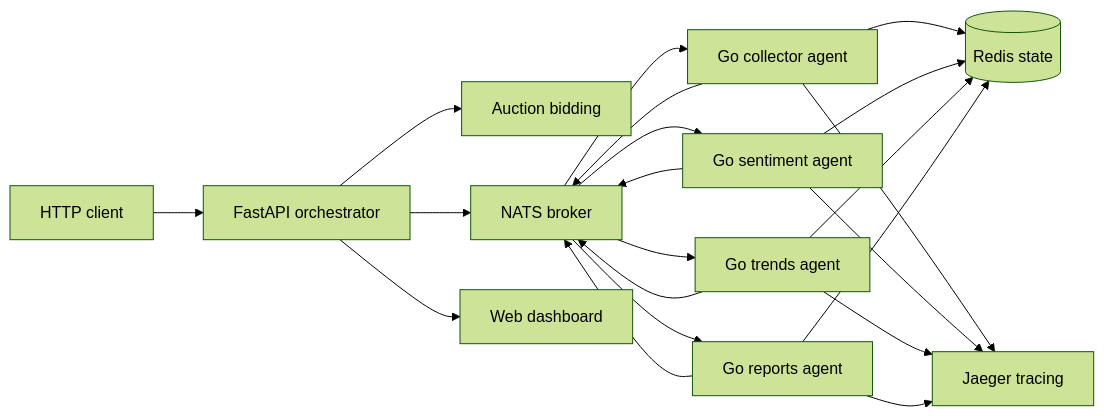
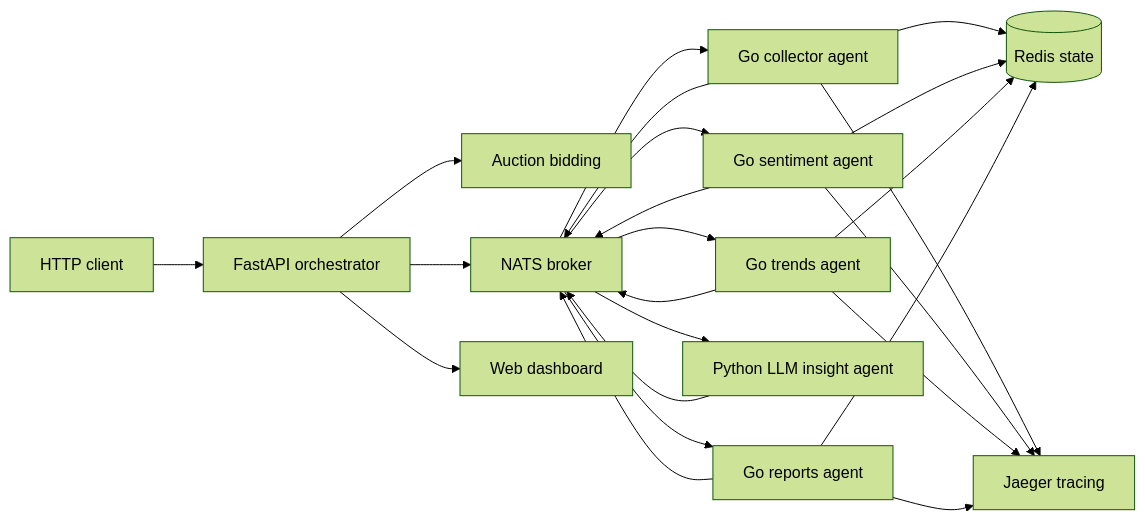
One commit to Tundraws/LaboratoryWork13 changed the diagram in README.md. Above: the diagram before and after it, drawn with Mermaid (forest theme). The commit also changed other lines of this file and 21 other files, not shown here.

Commit message:
feat: add python llm insight agent

````diff
--- a/README.md
+++ b/README.md
@@ -35,23 +37,25 @@
 ```mermaid
 flowchart LR
     Client[HTTP client] --> API[FastAPI orchestrator]
     API --> Auction[Auction bidding]
     API --> NATS[NATS broker]
     NATS --> Collector[Go collector agent]
     Collector --> NATS
     NATS --> Sentiment[Go sentiment agent]
     Sentiment --> NATS
     NATS --> Trends[Go trends agent]
     Trends --> NATS
+    NATS --> LLM[Python LLM insight agent]
+    LLM --> NATS
     NATS --> Reports[Go reports agent]
     Reports --> NATS
     Collector --> Redis[(Redis state)]
     Sentiment --> Redis
     Trends --> Redis
     Reports --> Redis
     API --> Dashboard[Web dashboard]
     Collector --> Jaeger[Jaeger tracing]
     Sentiment --> Jaeger
     Trends --> Jaeger
     Reports --> Jaeger
 ```
````
